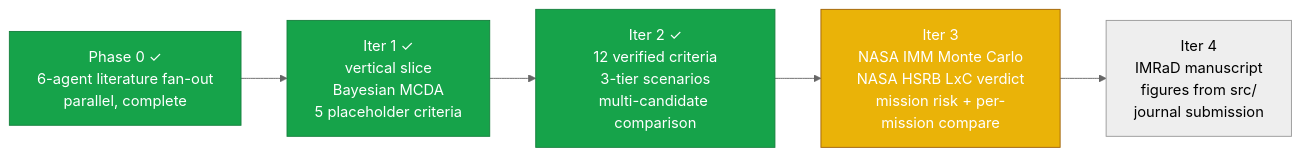
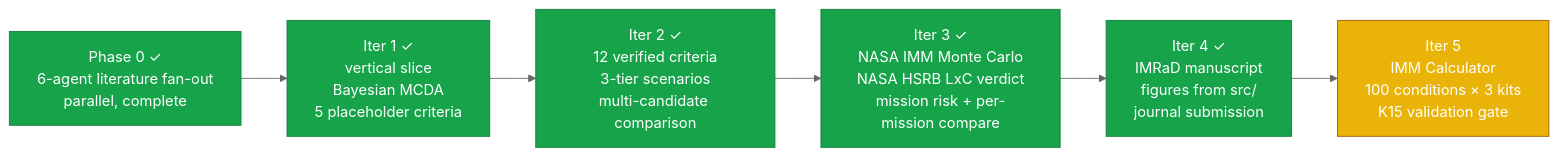
The first of 2 diagrams in README.md (strikerdlm/selectron), drawn with Mermaid (neutral theme) before and after one commit. The commit also changed other lines of this file and 2 other files, not shown here.

````diff
--- a/README.md
+++ b/README.md
@@ -71,13 +71,13 @@
 ```mermaid
 flowchart LR
     P0[Phase 0 ✓<br/>6-agent literature fan-out<br/>parallel, complete] --> I1
     I1[Iter 1 ✓<br/>vertical slice<br/>Bayesian MCDA<br/>5 placeholder criteria] --> I2
     I2[Iter 2 ✓<br/>12 verified criteria<br/>3-tier scenarios<br/>multi-candidate comparison] --> I3
-    I3[Iter 3<br/>NASA IMM Monte Carlo<br/>NASA HSRB LxC verdict<br/>mission risk + per-mission compare]
-    I3 --> I4
-    I4[Iter 4<br/>IMRaD manuscript<br/>figures from src/<br/>journal submission]
+    I3[Iter 3 ✓<br/>NASA IMM Monte Carlo<br/>NASA HSRB LxC verdict<br/>mission risk + per-mission compare] --> I4
+    I4[Iter 4 ✓<br/>IMRaD manuscript<br/>figures from src/<br/>journal submission] --> I5
+    I5[Iter 5<br/>IMM Calculator<br/>100 conditions × 3 kits<br/>K15 validation gate]
     classDef done fill:#16a34a,stroke:#15803d,color:#fff
     classDef active fill:#eab308,stroke:#a16207,color:#fff
-    class P0,I1,I2 done
-    class I3 active
+    class P0,I1,I2,I3,I4 done
+    class I5 active
 ```
````
